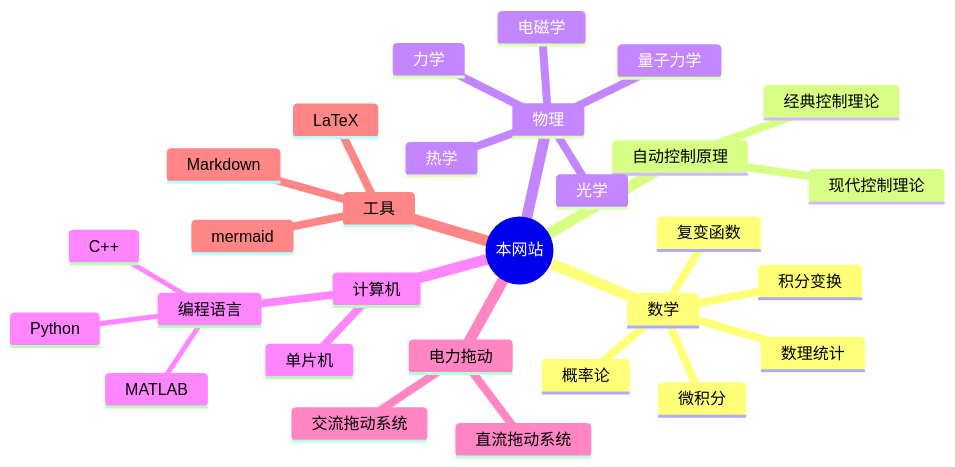
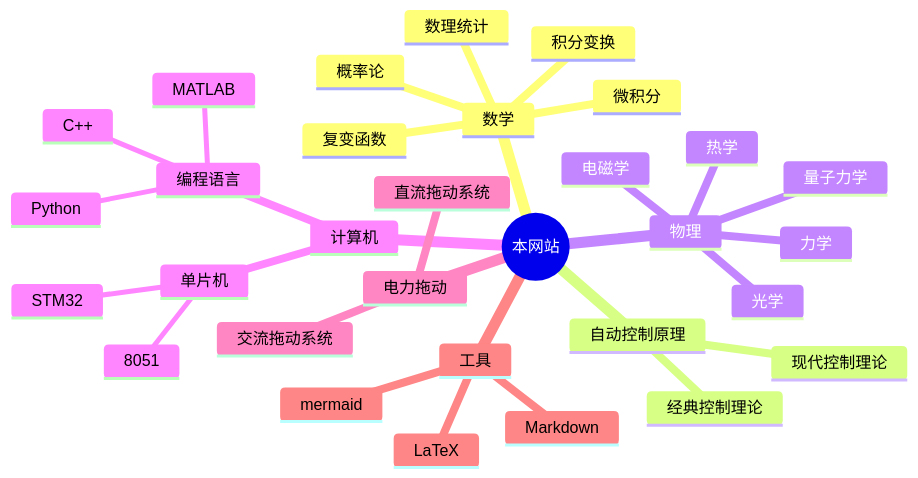
The diagram in README.md (UNLINEARITY/Learn-Everything), drawn with Mermaid before and after one commit.

````diff
--- a/README.md
+++ b/README.md
@@ -41,34 +41,36 @@
 ```mermaid
 mindmap
 root((本网站))
 	数学
 		微积分
 		概率论
 		数理统计
 		复变函数
 		积分变换
 	自动控制原理
 		经典控制理论
 		现代控制理论
 			
 	物理
 		力学
 		电磁学
 		热学
 		光学
 		量子力学
 	计算机
 		编程语言
 			MATLAB
 			Python
 			C++
 		单片机
+			8051
+			STM32
 	电力拖动
 		直流拖动系统
 		交流拖动系统
 	工具
 		Markdown
 		LaTeX
 		mermaid
 		
 ```
````
